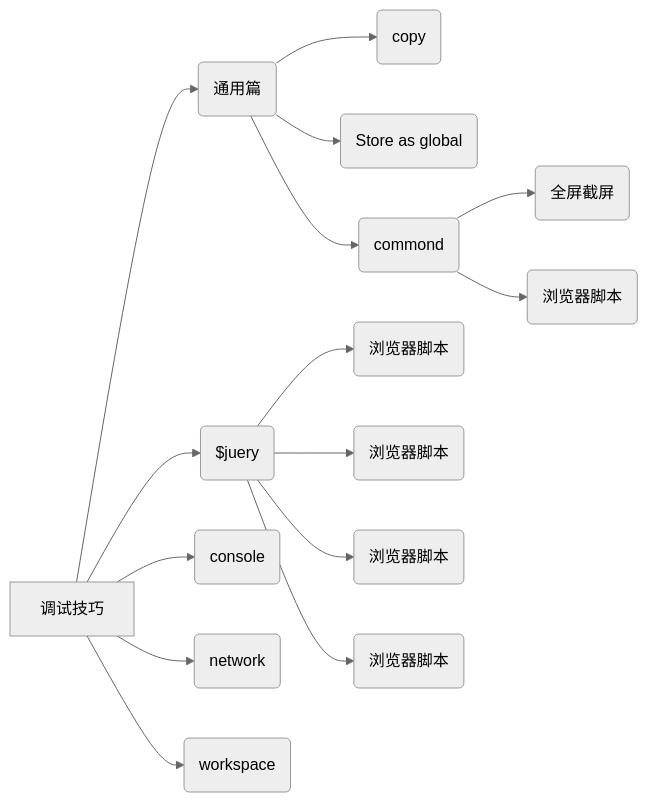
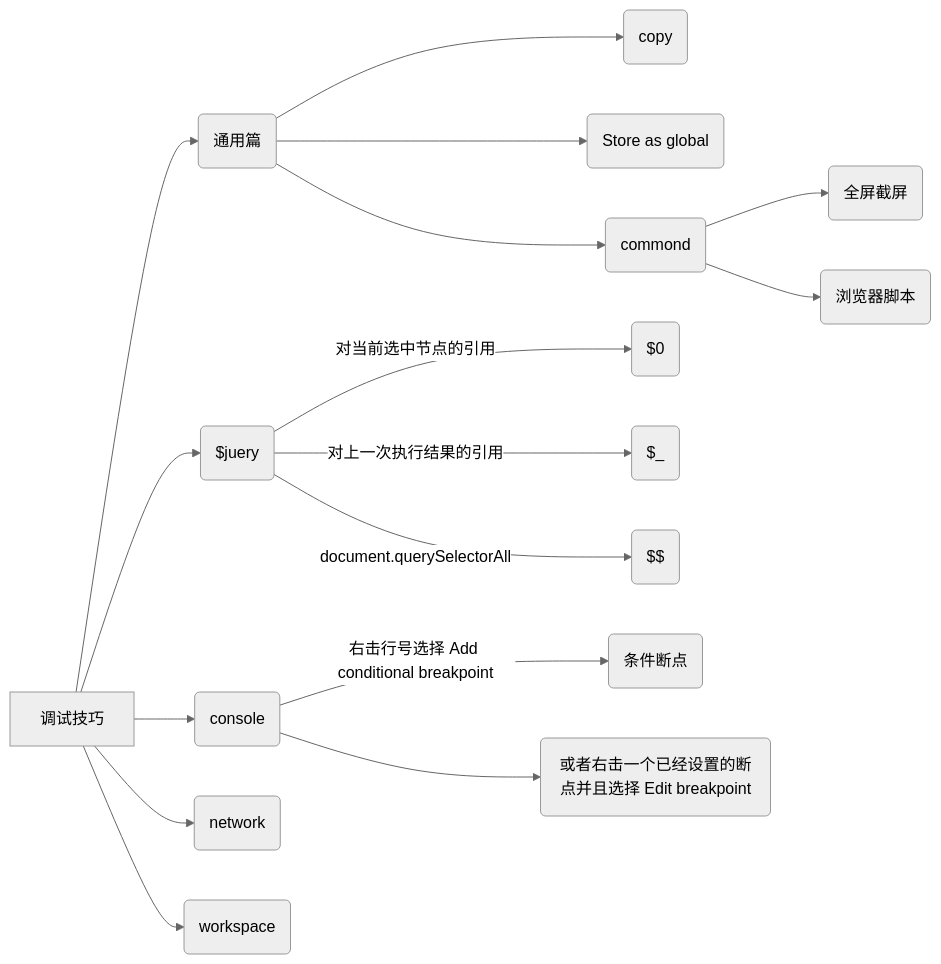
The diagram in 前端知识/运行环境/浏览器/console调试技巧md.md (mofenusers/mention), drawn with Mermaid (neutral theme) before and after one commit.

Commit message:
auto sync by git

````diff
--- a/前端知识/运行环境/浏览器/console调试技巧md.md
+++ b/前端知识/运行环境/浏览器/console调试技巧md.md
@@ -6,17 +6,19 @@
 ```mermaid
 graph LR
 A[调试技巧] -->B(通用篇)
 A --> C($juery)
 A --> D(console)
 A --> E(network)
 A --> F(workspace)
 B --> BA(copy)
 B --> BB(Store as global)
 B --> BC(commond)
 BC --> BCA(全屏截屏)
 BC --> BCB(浏览器脚本)
-C --> CA(浏览器脚本)
-C --> CB(浏览器脚本)
-C --> CC(浏览器脚本)
-C --> CD(浏览器脚本)
+C --> |对当前选中节点的引用|CA($0)
+C -->  |对上一次执行结果的引用|CB($_)
+C --> |document.querySelectorAll|CC($$)
+D -->  |右击行号选择 Add conditional breakpoint|DA(条件断点)
+D --> DB(或者右击一个已经设置的断点并且选择 Edit breakpoint)
+
 ```
````
